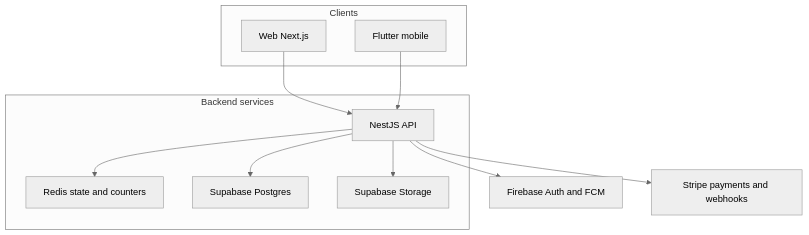
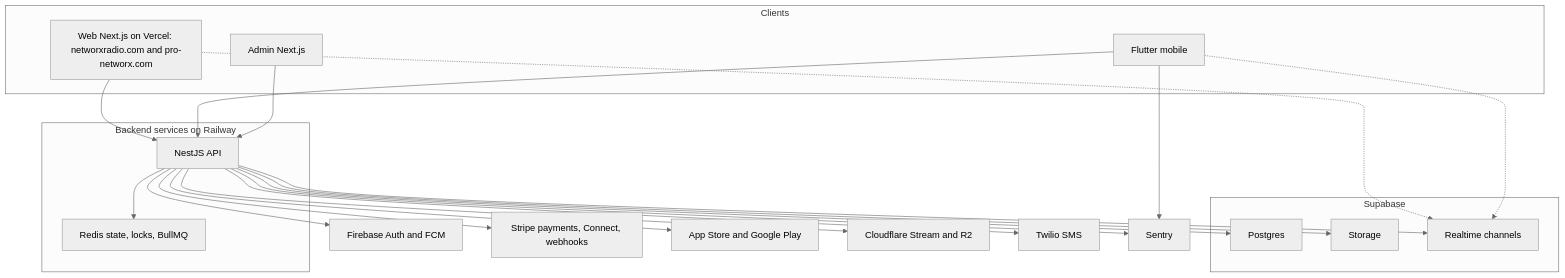
One commit to Tmaku18/RADIOapp changed diagram 12 of 14 in docs/UML/uml-diagrams.md. Above: the diagram before and after it, drawn with Mermaid (neutral theme). The commit also changed other lines of this file and 64 other files, not shown here.

````diff
--- a/docs/UML/uml-diagrams.md
+++ b/docs/UML/uml-diagrams.md
@@ -183,25 +238,43 @@
 ```mermaid
 flowchart TB
   subgraph clients [Clients]
-    WebClient[Web Next.js]
+    WebClient[Web Next.js on Vercel: networxradio.com and pro-networx.com]
     MobileClient[Flutter mobile]
+    AdminClient[Admin Next.js]
   end
 
-  subgraph services [Backend services]
+  subgraph services [Backend services on Railway]
     ApiServer[NestJS API]
-    RedisState[Redis state and counters]
-    PgData[Supabase Postgres]
-    Storage[Supabase Storage]
+    RedisState[Redis state, locks, BullMQ]
+  end
+
+  subgraph supabase [Supabase]
+    PgData[Postgres]
+    Storage[Storage]
+    Realtime[Realtime channels]
   end
 
   FirebaseStack[Firebase Auth and FCM]
-  StripeStack[Stripe payments and webhooks]
+  StripeStack[Stripe payments, Connect, webhooks]
+  StoreStack[App Store and Google Play]
+  StreamStack[Cloudflare Stream and R2]
+  SmsStack[Twilio SMS]
+  SentryStack[Sentry]
 
   WebClient --> ApiServer
   MobileClient --> ApiServer
+  AdminClient --> ApiServer
+  WebClient -.-> Realtime
+  MobileClient -.-> Realtime
   ApiServer --> RedisState
   ApiServer --> PgData
   ApiServer --> Storage
+  ApiServer --> Realtime
   ApiServer --> FirebaseStack
   ApiServer --> StripeStack
+  ApiServer --> StoreStack
+  ApiServer --> StreamStack
+  ApiServer --> SmsStack
+  ApiServer --> SentryStack
+  MobileClient --> SentryStack
 ```
````
